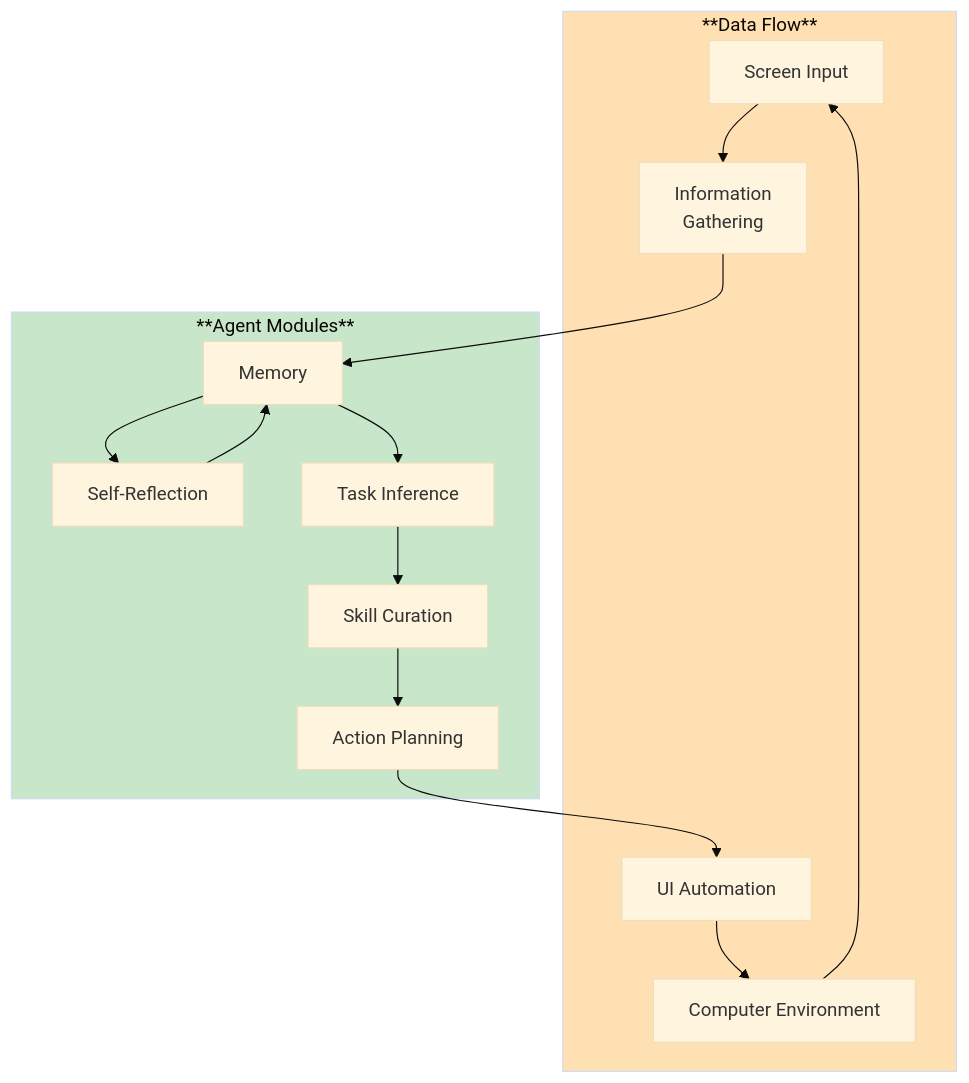
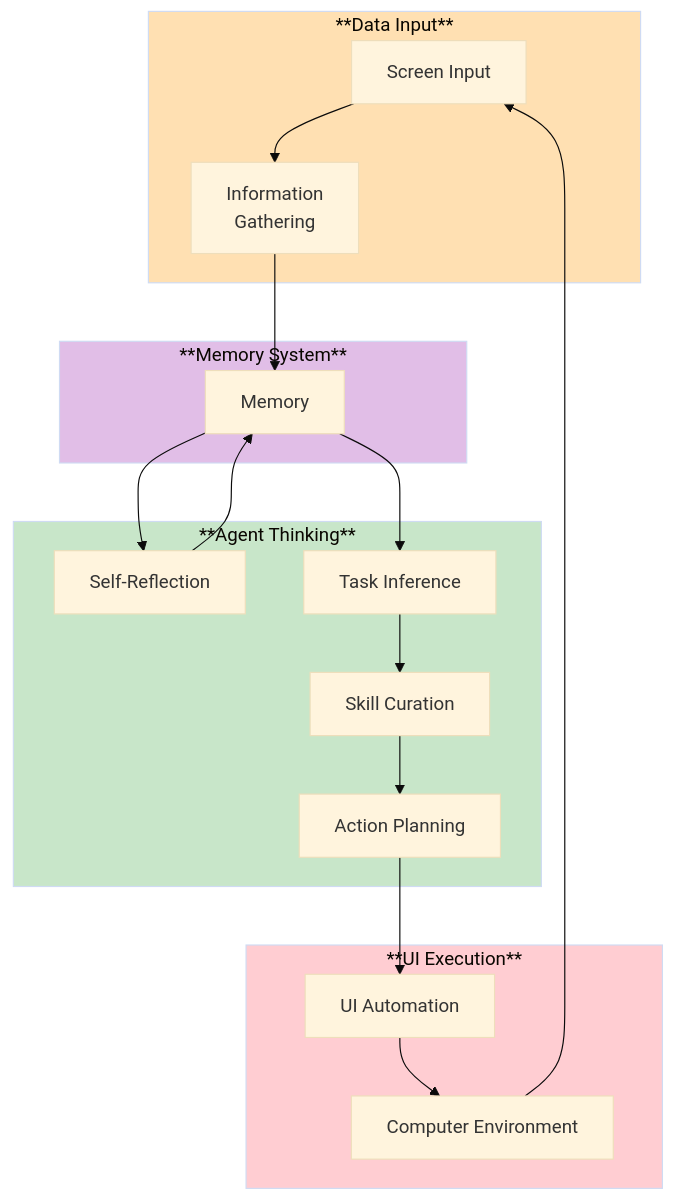
The first of 2 diagrams in README.md (NokkTsang/AI_Gaming_Agent), drawn with Mermaid (base theme) before and after one commit. The commit also changed other lines of this file, not shown here.

Commit message:
Update architecture graph

````diff
--- a/README.md
+++ b/README.md
@@ -74,31 +74,38 @@
 ```mermaid
 ---
 config:
   layout: dagre
 ---
 flowchart TB
- subgraph s1["**Data Flow**"]
+ subgraph s1["**Data Input**"]
         A["Screen Input"]
         B["Information<br>Gathering"]
-        H["UI Automation"]
-        J["Computer Environment"]
   end
- subgraph s2["**Agent Modules**"]
-        C["Memory"]
+ subgraph s2["**Agent Thinking**"]
         D["Self-Reflection"]
         E["Task Inference"]
         F["Skill Curation"]
         G["Action Planning"]
+  end
+ subgraph s3["**UI Execution**"]
+        H["UI Automation"]
+        J["Computer Environment"]
+  end
+ subgraph s4["**Memory System**"]
+        C["Memory"]
   end
     A --> B
     B --> C
     C --> D & E
     D --> C
     E --> F
     F --> G
     G --> H
     H --> J
     J --> A
     style s1 fill:#FFE0B2
     style s2 fill:#C8E6C9
+    style s3 fill:#FFCDD2
+    style s4 fill:#E1BEE7
+
 ```
````
